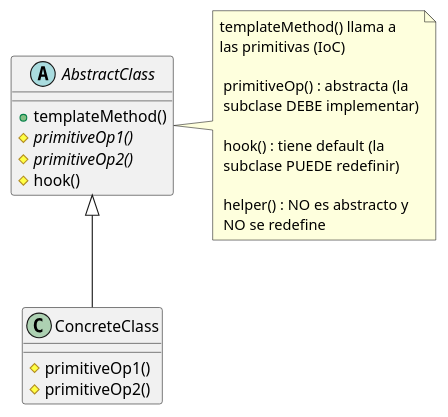
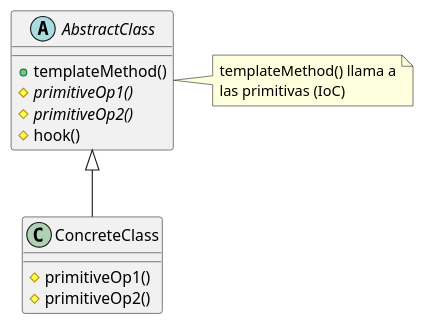
One commit to MaxiNunez24/OO2 changed the third of 9 diagrams in Cheatsheets/02_Patrones.md. Above: the diagram before and after it, drawn with PlantUML. The commit also changed other lines of this file and 1 other file, not shown here.

````diff
--- a/Cheatsheets/02_Patrones.md
+++ b/Cheatsheets/02_Patrones.md
@@ -129,16 +147,16 @@
 ```plantuml
 @startuml
 abstract class AbstractClass {
   +templateMethod()
   {abstract} #primitiveOp1()
   {abstract} #primitiveOp2()
   #hook()
 }
 class ConcreteClass {
   #primitiveOp1()
   #primitiveOp2()
 }
 AbstractClass <|-- ConcreteClass
-note right of AbstractClass : templateMethod() llama a\nlas primitivas (IoC)\n\n primitiveOp() : abstracta (la\n subclase DEBE implementar)\n\n hook() : tiene default (la\n subclase PUEDE redefinir) \n\n helper() : NO es abstracto y\n NO se redefine
+note right of AbstractClass : templateMethod() llama a\nlas primitivas (IoC)
 @enduml
 ```
````
